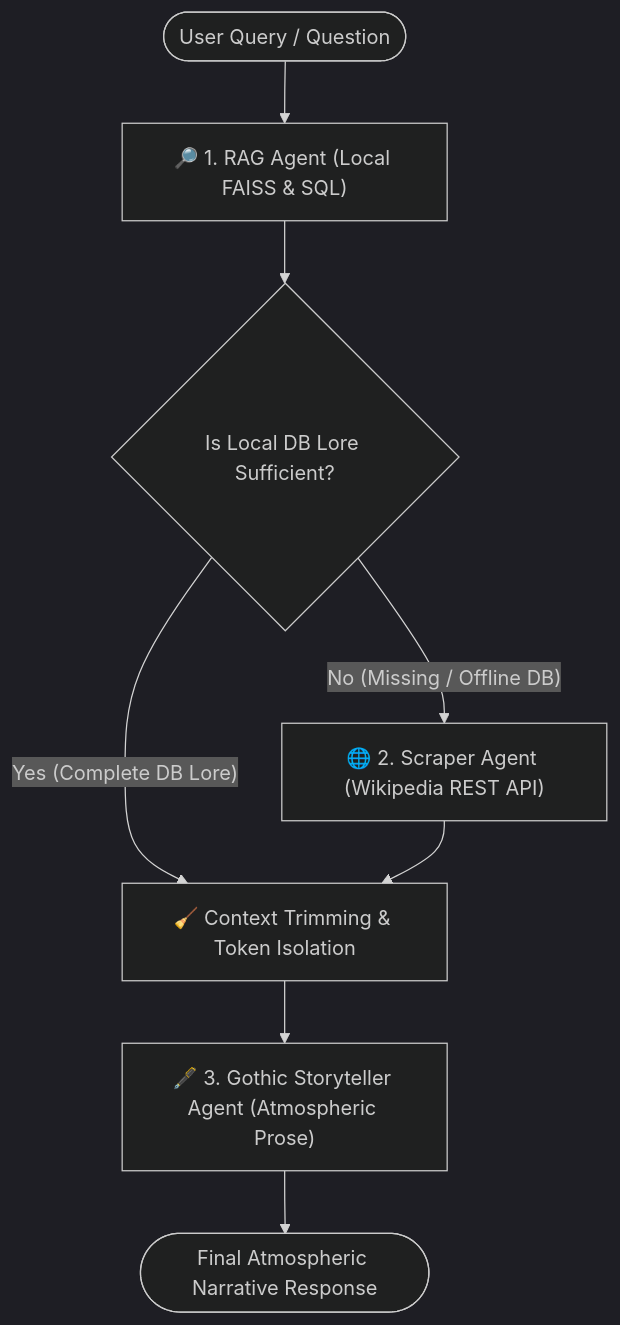
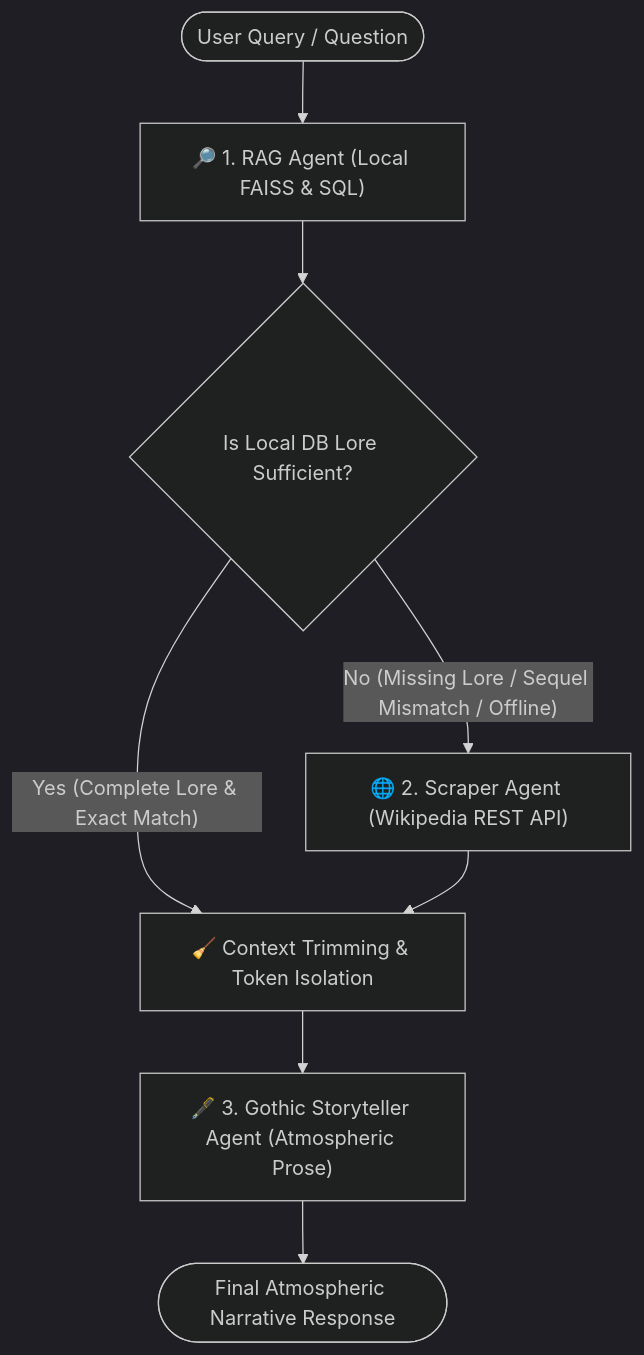
One commit to KBee-data/HorRAGor2 changed the diagram in README.md. Above: the diagram before and after it, drawn with Mermaid (dark theme). The commit also changed other lines of this file and 4 other files, not shown here.

````diff
--- a/README.md
+++ b/README.md
@@ -19,14 +64,14 @@
 ```mermaid
 flowchart TD
     UserQuery(["User Query / Question"]) --> RAGNode["🔎 1. RAG Agent (Local FAISS & SQL)"]
     
     RAGNode --> ConditionalRoute{"Is Local DB Lore Sufficient?"}
     
-    ConditionalRoute -- "Yes (Complete DB Lore)" --> ContextTrimming["🧹 Context Trimming & Token Isolation"]
-    ConditionalRoute -- "No (Missing / Offline DB)" --> ScraperNode["🌐 2. Scraper Agent (Wikipedia REST API)"]
+    ConditionalRoute -- "Yes (Complete Lore & Exact Match)" --> ContextTrimming["🧹 Context Trimming & Token Isolation"]
+    ConditionalRoute -- "No (Missing Lore / Sequel Mismatch / Offline)" --> ScraperNode["🌐 2. Scraper Agent (Wikipedia REST API)"]
     
     ScraperNode --> ContextTrimming
     ContextTrimming --> NarrationNode["🖋️ 3. Gothic Storyteller Agent (Atmospheric Prose)"]
     
     NarrationNode --> ChatOutput(["Final Atmospheric Narrative Response"])
 ```
````
